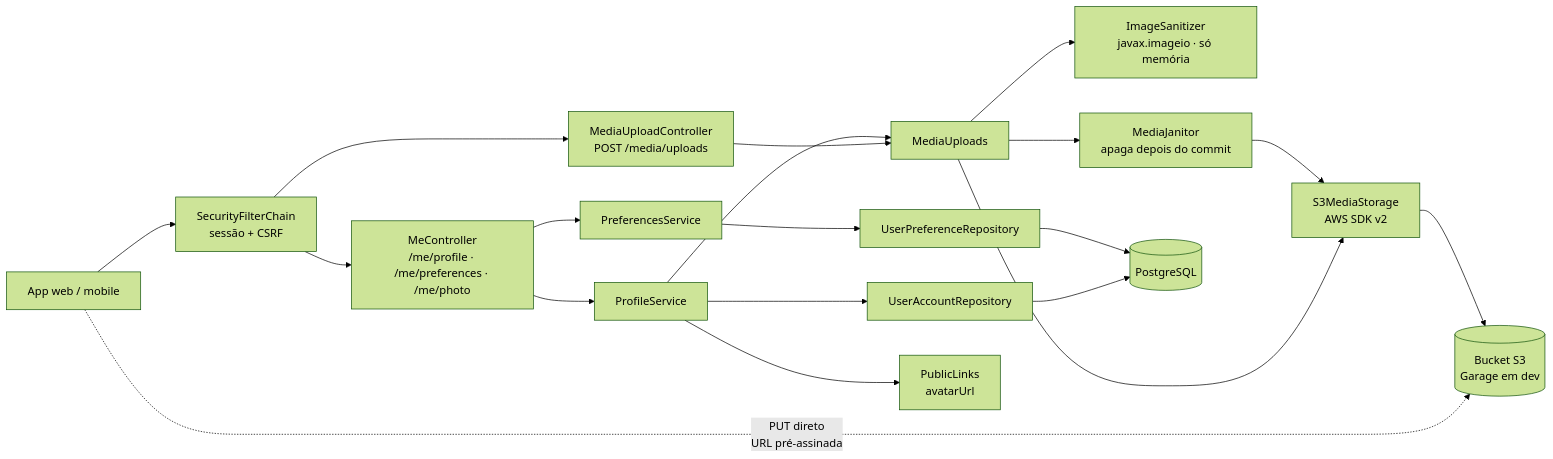
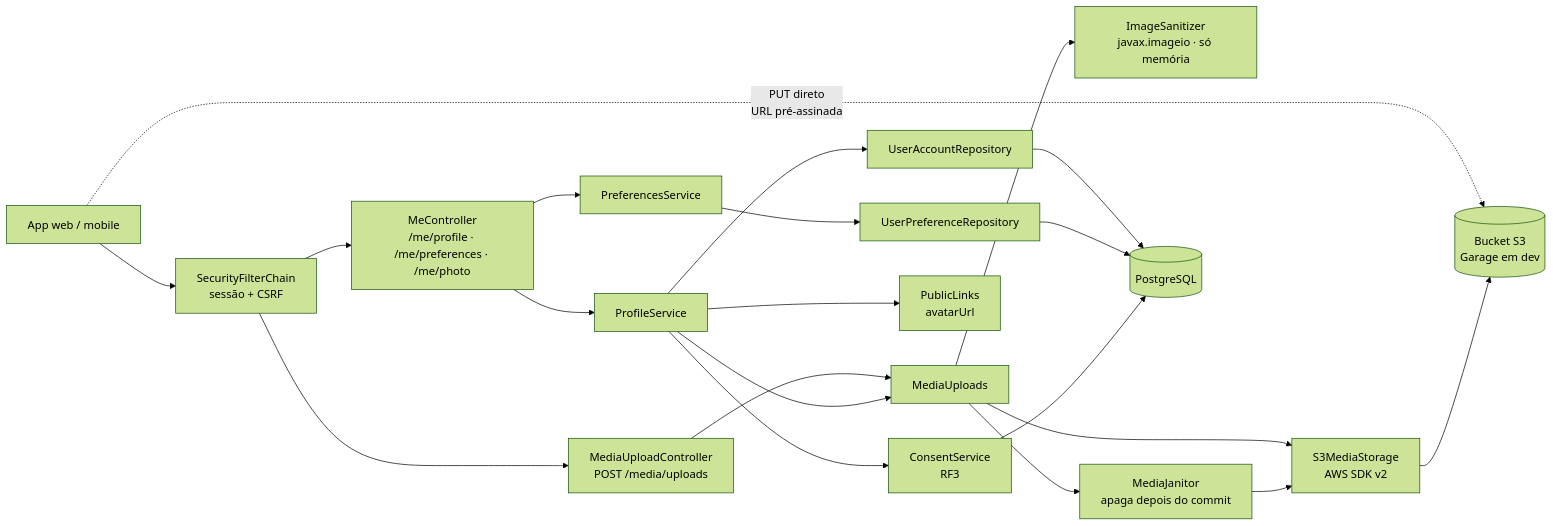
One commit to MatheusHaliski/Friendly-Eats changed the diagram in docs/RF2/componentes.md. Above: the diagram before and after it, drawn with Mermaid (forest theme). The commit also changed 22 other files, not shown here.

````diff
--- a/docs/RF2/componentes.md
+++ b/docs/RF2/componentes.md
@@ -3,20 +3,22 @@
 ```mermaid
 flowchart LR
     APP["App web / mobile"] --> SEC["SecurityFilterChain<br/>sessão + CSRF"]
     APP -. "PUT direto<br/>URL pré-assinada" .-> S3[("Bucket S3<br/>Garage em dev")]
     SEC --> MC["MeController<br/>/me/profile · /me/preferences · /me/photo"]
     SEC --> UC["MediaUploadController<br/>POST /media/uploads"]
     MC --> PS["ProfileService"]
     MC --> PFS["PreferencesService"]
     UC --> MU["MediaUploads"]
     PS --> MU
     MU --> IS["ImageSanitizer<br/>javax.imageio · só memória"]
     MU --> MJ["MediaJanitor<br/>apaga depois do commit"]
     MU --> MS["S3MediaStorage<br/>AWS SDK v2"]
     MJ --> MS
     MS --> S3
     PS --> UR["UserAccountRepository"]
     PFS --> PR["UserPreferenceRepository"]
     UR & PR --> PG[("PostgreSQL")]
     PS --> PL["PublicLinks<br/>avatarUrl"]
+    PS --> CS["ConsentService<br/>RF3"]
+    CS --> PG
 ```
````
